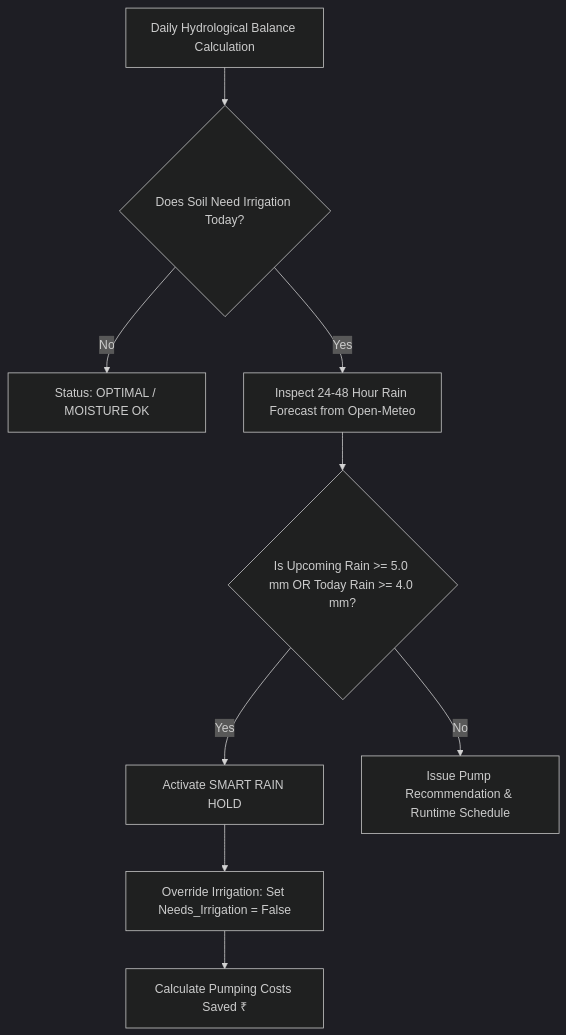
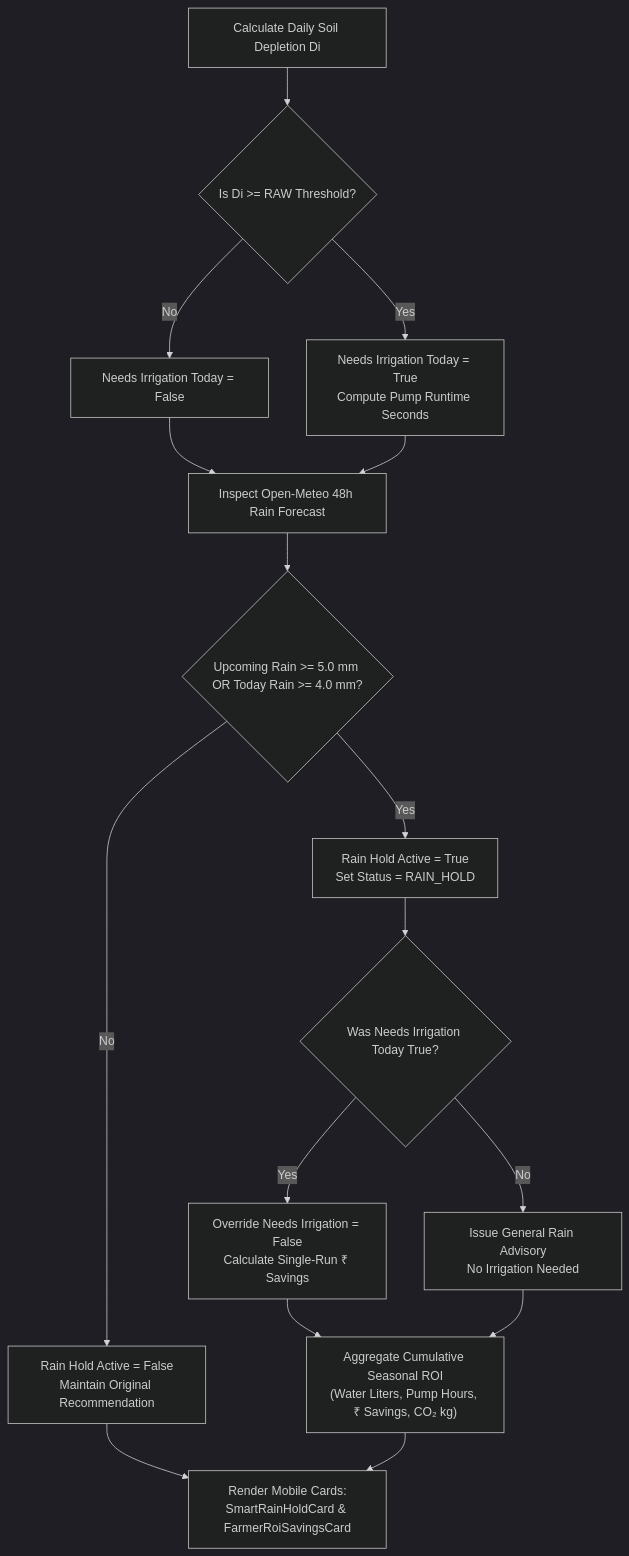
Before and after one commit to arpanpramanik2003/JalDrishti-AI: the diagram in docs/03_smart_rain_hold_and_roi.md, drawn with Mermaid (dark theme). The commit also changed other lines of this file and 2 other files, not shown here.

Commit message:
docs: add documentation for smart rain hold advisory, weather-pest integration, and system architecture

````diff
--- a/docs/03_smart_rain_hold_and_roi.md
+++ b/docs/03_smart_rain_hold_and_roi.md
@@ -10,11 +112,19 @@
 ```mermaid
 graph TD
-    A[Daily Hydrological Balance Calculation] --> B{Does Soil Need Irrigation Today?}
-    B -- No --> C[Status: OPTIMAL / MOISTURE OK]
-    B -- Yes --> D[Inspect 24-48 Hour Rain Forecast from Open-Meteo]
-    D --> E{Is Upcoming Rain >= 5.0 mm OR Today Rain >= 4.0 mm?}
-    E -- Yes --> F[Activate SMART RAIN HOLD]
-    F --> G[Override Irrigation: Set Needs_Irrigation = False]
-    G --> H[Calculate Pumping Costs Saved ₹]
-    E -- No --> I[Issue Pump Recommendation & Runtime Schedule]
+    A["Calculate Daily Soil Depletion Di"] --> B{"Is Di >= RAW Threshold?"}
+    B -- No --> C["Needs Irrigation Today = False"]
+    B -- Yes --> D["Needs Irrigation Today = True<br/>Compute Pump Runtime Seconds"]
+
+    C & D --> E["Inspect Open-Meteo 48h Rain Forecast"]
+    E --> F{"Upcoming Rain >= 5.0 mm OR Today Rain >= 4.0 mm?"}
+
+    F -- No --> G["Rain Hold Active = False<br/>Maintain Original Recommendation"]
+    F -- Yes --> H["Rain Hold Active = True<br/>Set Status = RAIN_HOLD"]
+
+    H --> I{"Was Needs Irrigation Today True?"}
+    I -- Yes --> J["Override Needs Irrigation = False<br/>Calculate Single-Run ₹ Savings"]
+    I -- No --> K["Issue General Rain Advisory<br/>No Irrigation Needed"]
+
+    J & K --> L["Aggregate Cumulative Seasonal ROI<br/>(Water Liters, Pump Hours, ₹ Savings, CO₂ kg)"]
+    G & L --> M["Render Mobile Cards:<br/>SmartRainHoldCard & FarmerRoiSavingsCard"]
 ```
````
